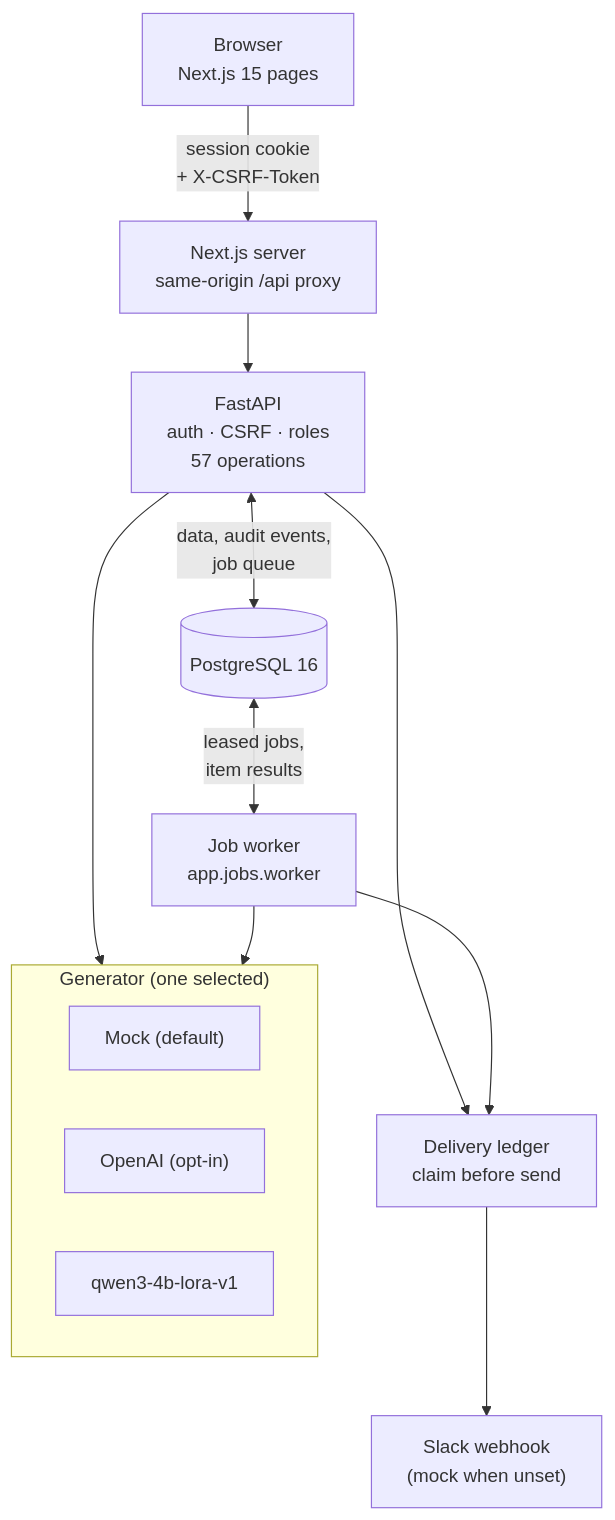
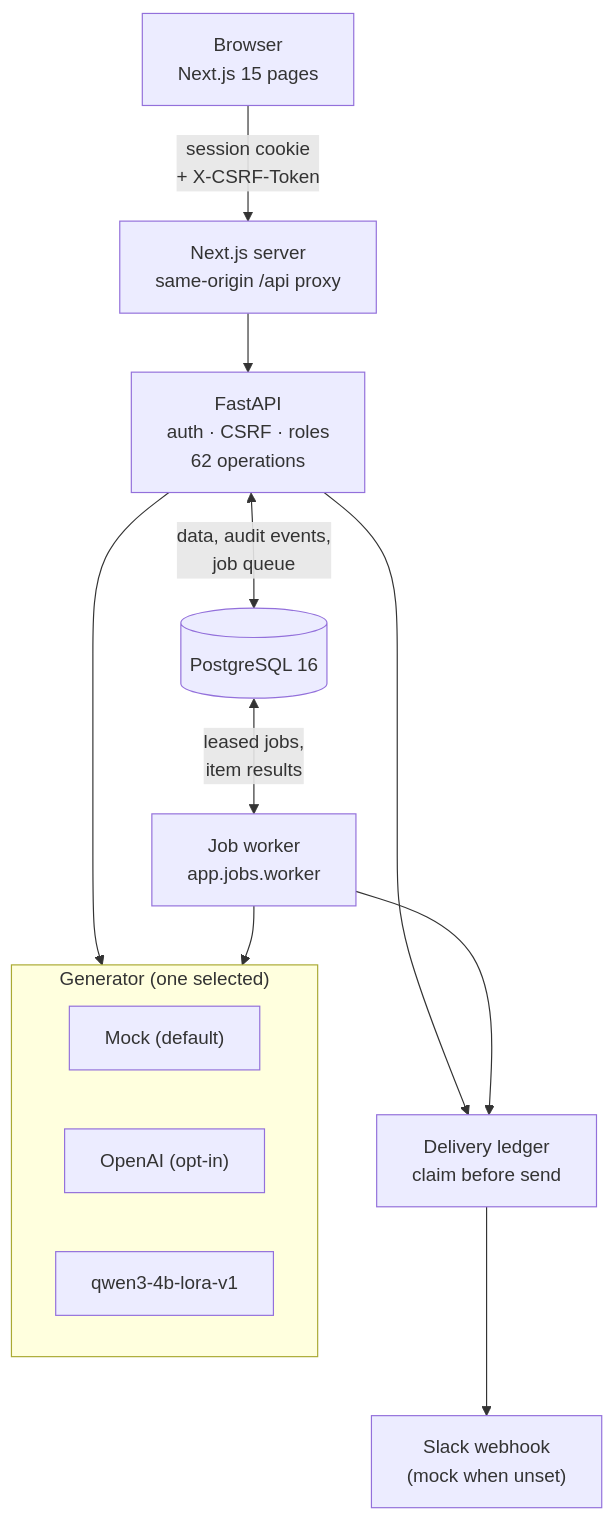
One commit to AhmedKamal-41/gtmflow-ai changed the first of 5 diagrams in README.md. Above: the diagram before and after it, drawn with Mermaid. The commit also changed other lines of this file and 23 other files, not shown here.

````diff
--- a/README.md
+++ b/README.md
@@ -163,22 +167,22 @@
 ```mermaid
 flowchart TB
     UI["Browser<br/>Next.js 15 pages"] -->|"session cookie<br/>+ X-CSRF-Token"| Proxy["Next.js server<br/>same-origin /api proxy"]
-    Proxy --> API["FastAPI<br/>auth · CSRF · roles<br/>57 operations"]
+    Proxy --> API["FastAPI<br/>auth · CSRF · roles<br/>62 operations"]
 
     API <-->|"data, audit events,<br/>job queue"| PG[("PostgreSQL 16")]
     PG <-->|"leased jobs,<br/>item results"| Worker["Job worker<br/>app.jobs.worker"]
 
     API --> Gen
     Worker --> Gen
     API --> Ledger
     Worker --> Ledger
 
     subgraph Gen["Generator (one selected)"]
         direction LR
         Mock["Mock (default)"]
         OpenAI["OpenAI (opt-in)"]
         LoRA["qwen3-4b-lora-v1"]
     end
 
     Ledger["Delivery ledger<br/>claim before send"] --> Slack["Slack webhook<br/>(mock when unset)"]
 ```
````
